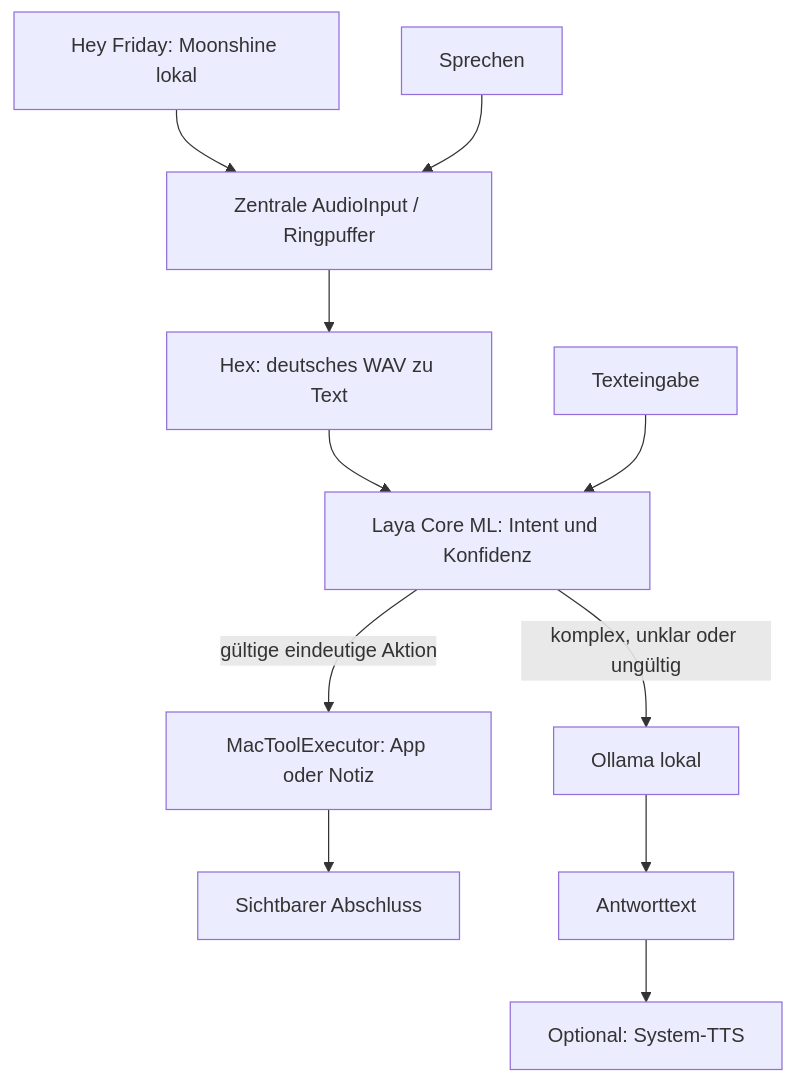
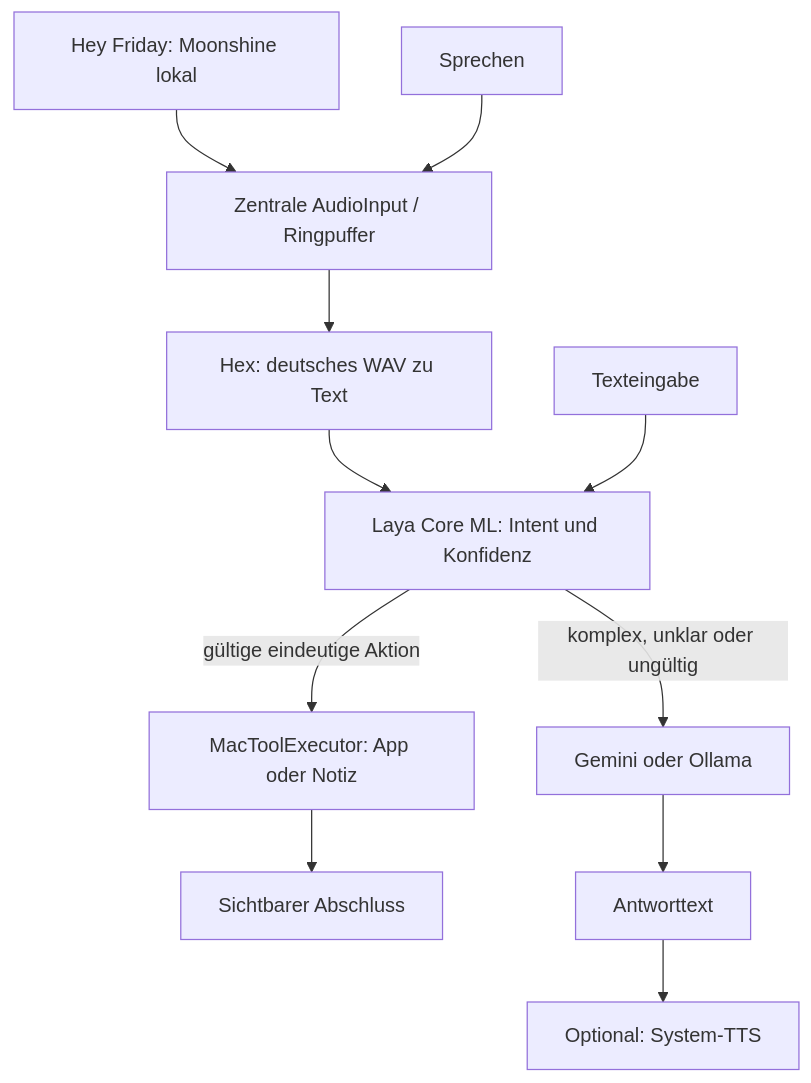
The diagram in docs/architecture.md (Taanel/hackday-2026-10-04), drawn with Mermaid before and after one commit. The commit also changed other lines of this file and 26 other files, not shown here.

````diff
--- a/docs/architecture.md
+++ b/docs/architecture.md
@@ -6,13 +6,13 @@
 ```mermaid
 flowchart TD
     Wake[Hey Friday: Moonshine lokal] --> Capture[Zentrale AudioInput / Ringpuffer]
     Button[Sprechen] --> Capture
     Capture --> Hex[Hex: deutsches WAV zu Text]
     Hex --> Laya[Laya Core ML: Intent und Konfidenz]
     Text[Texteingabe] --> Laya
     Laya -->|gültige eindeutige Aktion| Tools[MacToolExecutor: App oder Notiz]
-    Laya -->|komplex, unklar oder ungültig| LLM[Ollama lokal]
+    Laya -->|komplex, unklar oder ungültig| LLM[Gemini oder Ollama]
     Tools --> Done[Sichtbarer Abschluss]
     LLM --> Reply[Antworttext]
     Reply --> TTS[Optional: System-TTS]
 ```
````
